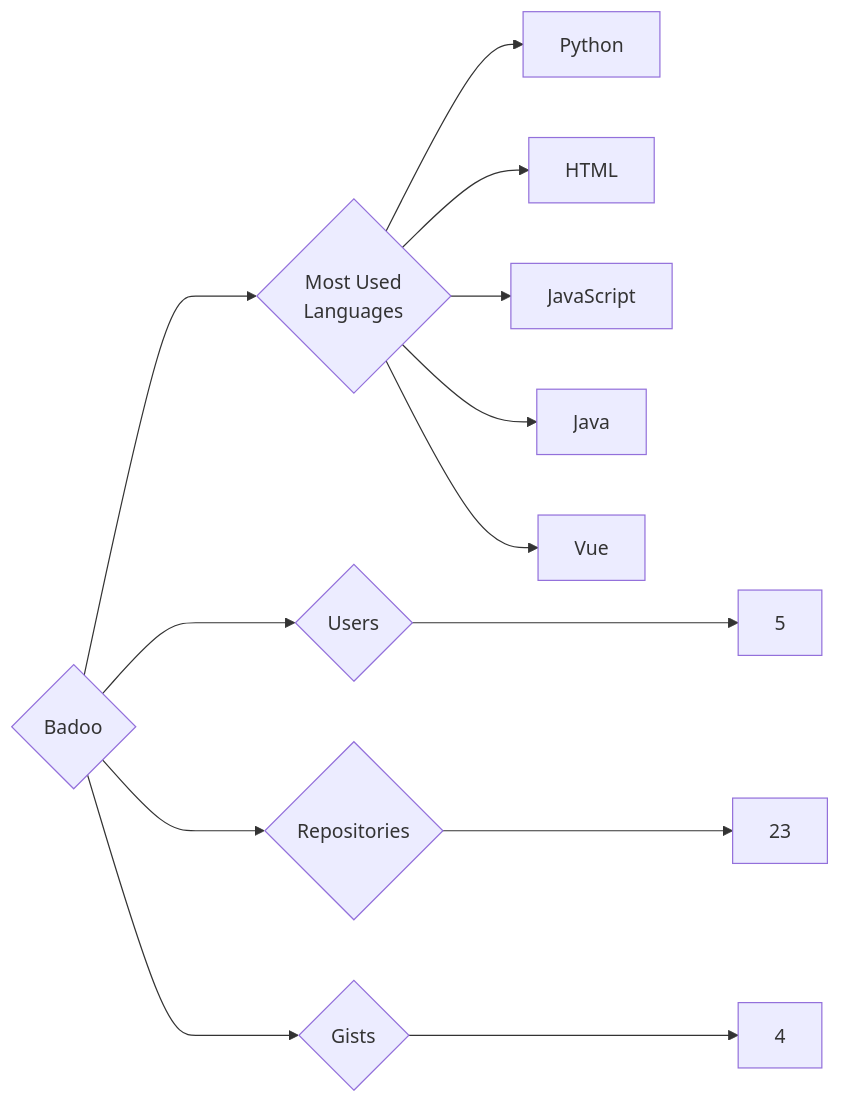
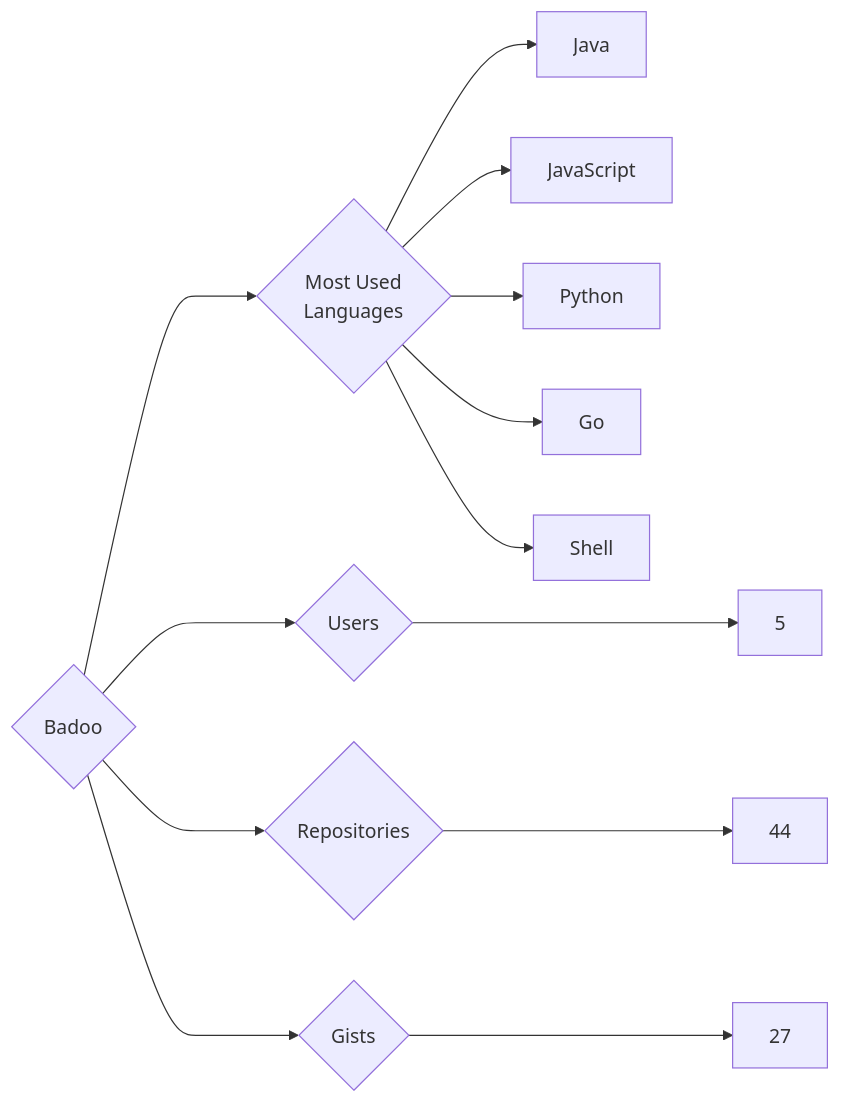
The diagram in targets/Badoo/README.md (trickest/insiders), drawn with Mermaid before and after one commit. The commit also changed 857 other files, not shown here.

````diff
--- a/targets/Badoo/README.md
+++ b/targets/Badoo/README.md
@@ -3,13 +3,13 @@
 ```mermaid
 graph LR
 COMPANY_NAME{Badoo}
 COMPANY_NAME ---> U{Users} ---> UN[5]
-COMPANY_NAME ---> R{Repositories} ---> RN[23]
-COMPANY_NAME ---> G{Gists} ---> GN[4]
+COMPANY_NAME ---> R{Repositories} ---> RN[44]
+COMPANY_NAME ---> G{Gists} ---> GN[27]
 COMPANY_NAME ---> ML{Most Used<br>Languages}
+ML --> Java[Java]
+ML --> JavaScript[JavaScript]
 ML --> Python[Python]
-ML --> HTML[HTML]
-ML --> JavaScript[JavaScript]
-ML --> Java[Java]
-ML --> Vue[Vue]
+ML --> Go[Go]
+ML --> Shell[Shell]
 ```
````
